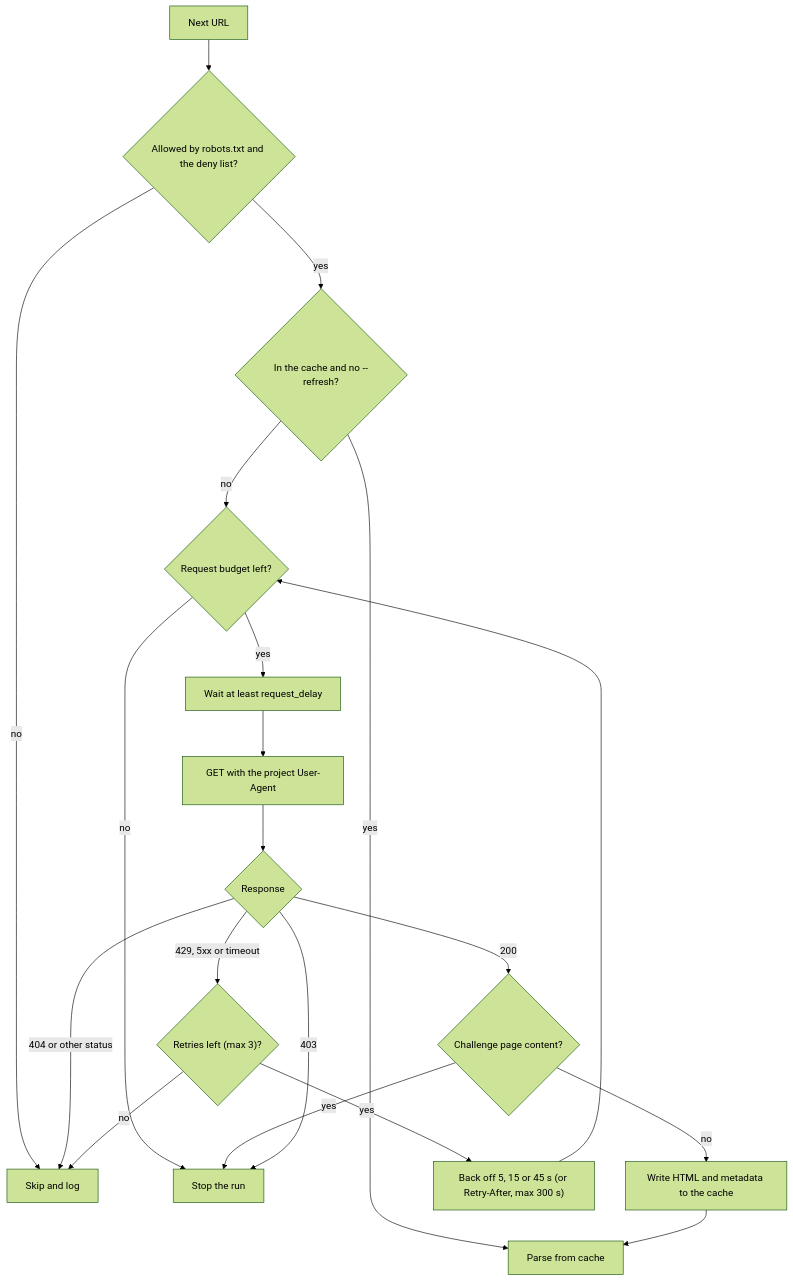
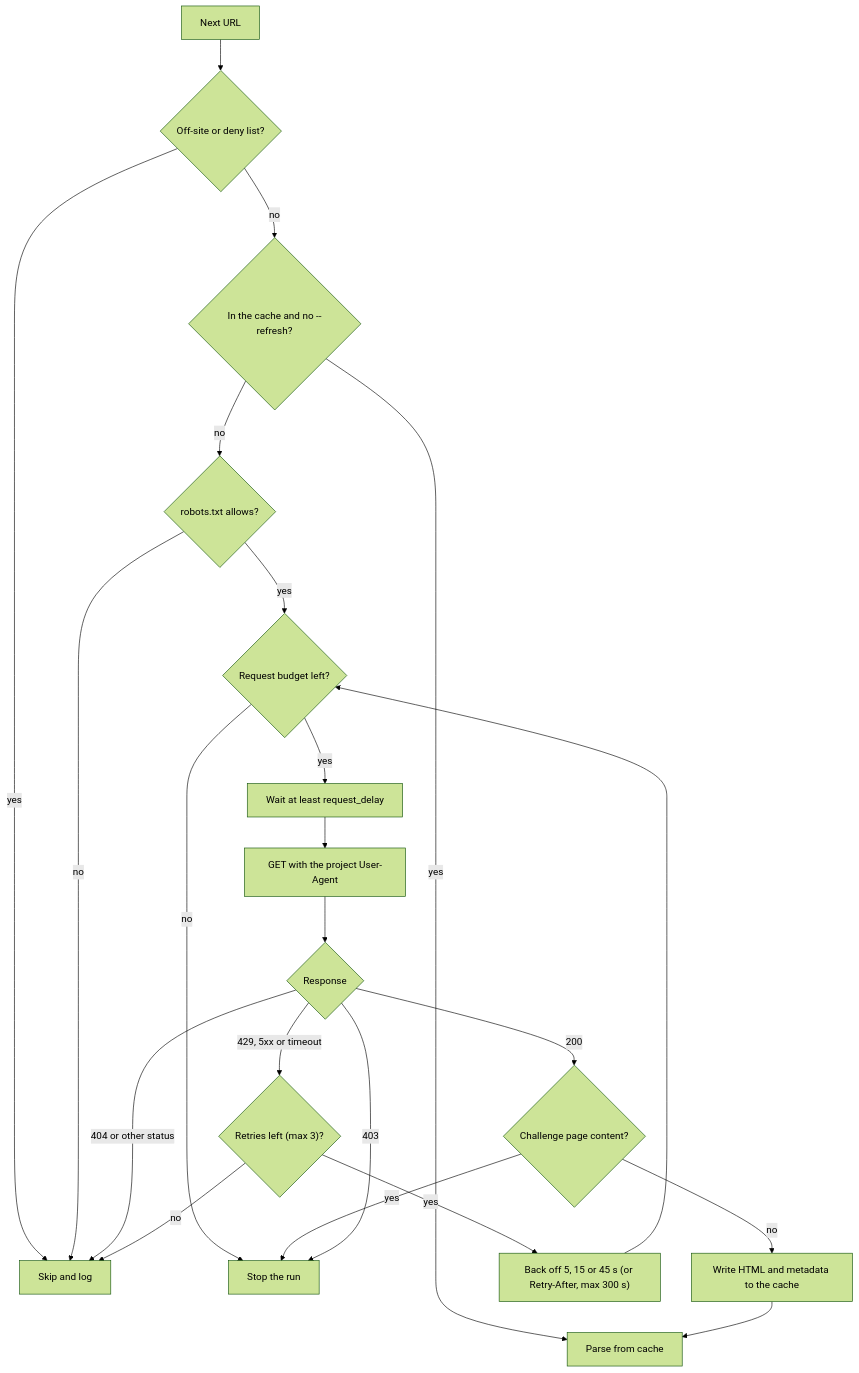
Before and after one commit to AleFire99/BS_Database: the diagram in docs/sources/policy.md, drawn with Mermaid (forest theme). The commit also changed other lines of this file, not shown here.

Commit message:
docs(sources): describe hybrid cache and robots.txt lookup order
Refs #68

````diff
--- a/docs/sources/policy.md
+++ b/docs/sources/policy.md
@@ -19,22 +19,24 @@
 ```mermaid
 flowchart TD
-    url["Next URL"] --> rules{"Allowed by robots.txt and the deny list?"}
-    rules -->|no| skip["Skip and log"]
-    rules -->|yes| cache{"In the cache and no --refresh?"}
+    url["Next URL"] --> local{"Off-site or deny list?"}
+    local -->|yes| skip["Skip and log"]
+    local -->|no| cache{"In the cache and no --refresh?"}
     cache -->|yes| parse["Parse from cache"]
-    cache -->|no| budget{"Request budget left?"}
+    cache -->|no| robots{"robots.txt allows?"}
+    robots -->|no| skip
+    robots -->|yes| budget{"Request budget left?"}
     budget -->|no| stop["Stop the run"]
     budget -->|yes| wait["Wait at least request_delay"]
     wait --> fetch["GET with the project User-Agent"]
     fetch --> status{"Response"}
     status -->|200| challenge{"Challenge page content?"}
     challenge -->|yes| stop
     challenge -->|no| store["Write HTML and metadata to the cache"]
     store --> parse
     status -->|"404 or other status"| skip
     status -->|"429, 5xx or timeout"| retries{"Retries left (max 3)?"}
     retries -->|no| skip
     retries -->|yes| backoff["Back off 5, 15 or 45 s (or Retry-After, max 300 s)"]
     backoff --> budget
     status -->|403| stop
 ```
````
